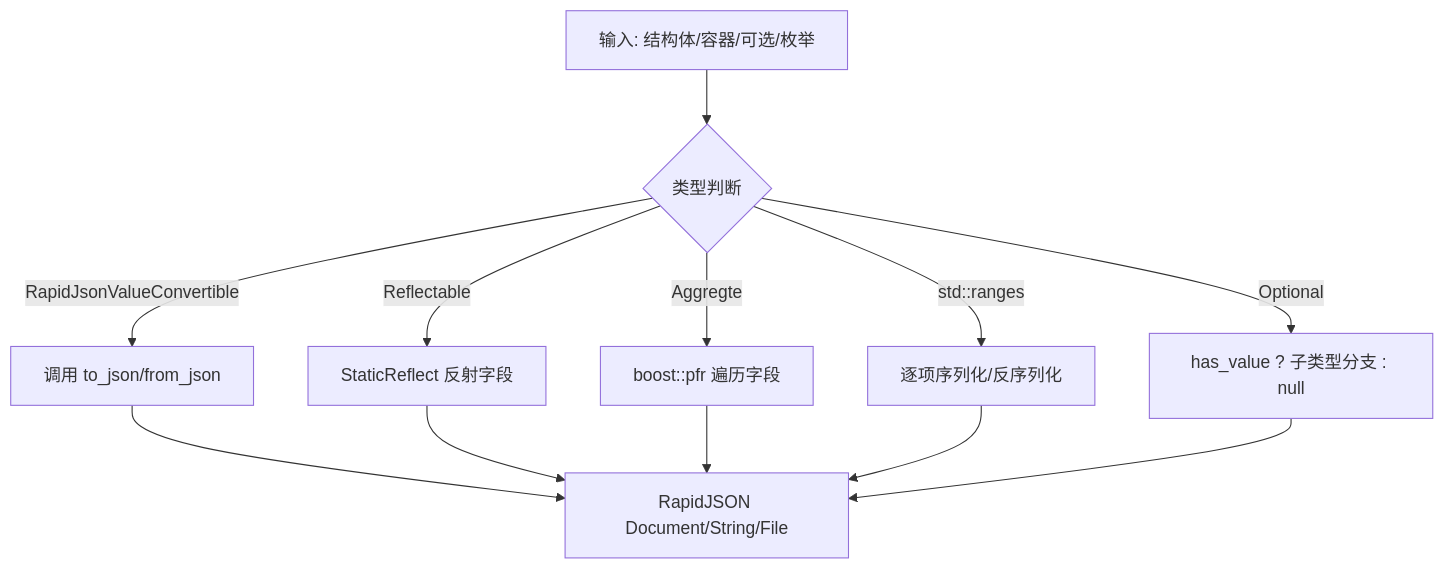
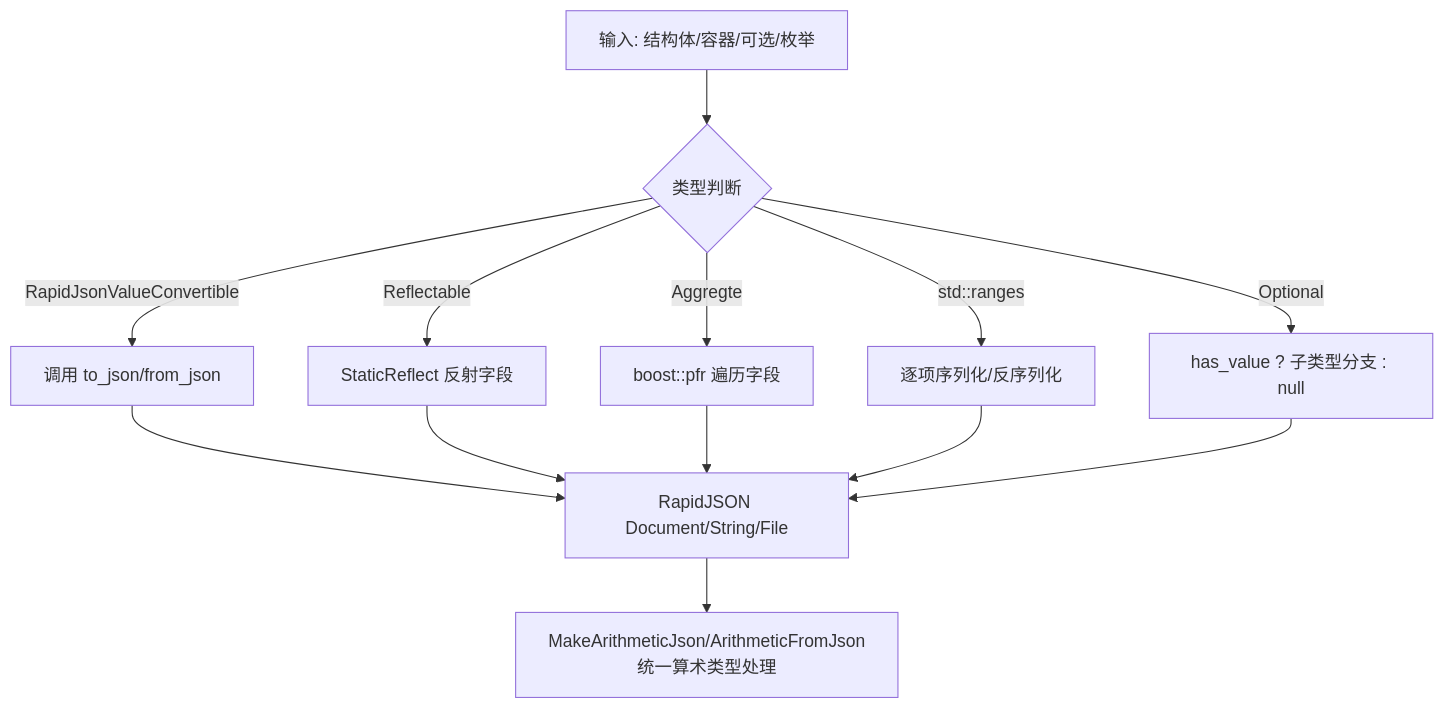
Before and after one commit to hsmbanlance/HsBaSlicer: the sixth of 9 diagrams in .qoder/repowiki/zh/content/核心模块详解/工具模块 (Utils Module).md, drawn with Mermaid. The commit also changed other lines of this file and 66 other files, not shown here.

````diff
--- a/.qoder/repowiki/zh/content/核心模块详解/工具模块 (Utils Module).md
+++ b/.qoder/repowiki/zh/content/核心模块详解/工具模块 (Utils Module).md
@@ -301,14 +357,15 @@
 ```mermaid
 flowchart TD
 A["输入: 结构体/容器/可选/枚举"] --> B{"类型判断"}
 B --> |RapidJsonValueConvertible| C["调用 to_json/from_json"]
 B --> |Reflectable| D["StaticReflect 反射字段"]
 B --> |Aggregte| E["boost::pfr 遍历字段"]
 B --> |std::ranges| F["逐项序列化/反序列化"]
 B --> |Optional| G["has_value ? 子类型分支 : null"]
 C --> H["RapidJSON Document/String/File"]
 D --> H
 E --> H
 F --> H
 G --> H
+H --> I["MakeArithmeticJson/ArithmeticFromJson<br/>统一算术类型处理"]
 ```
````
